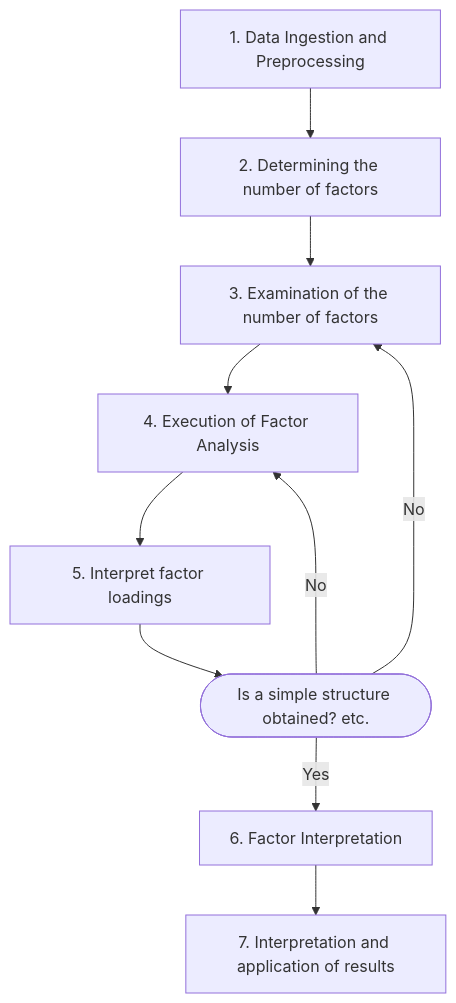
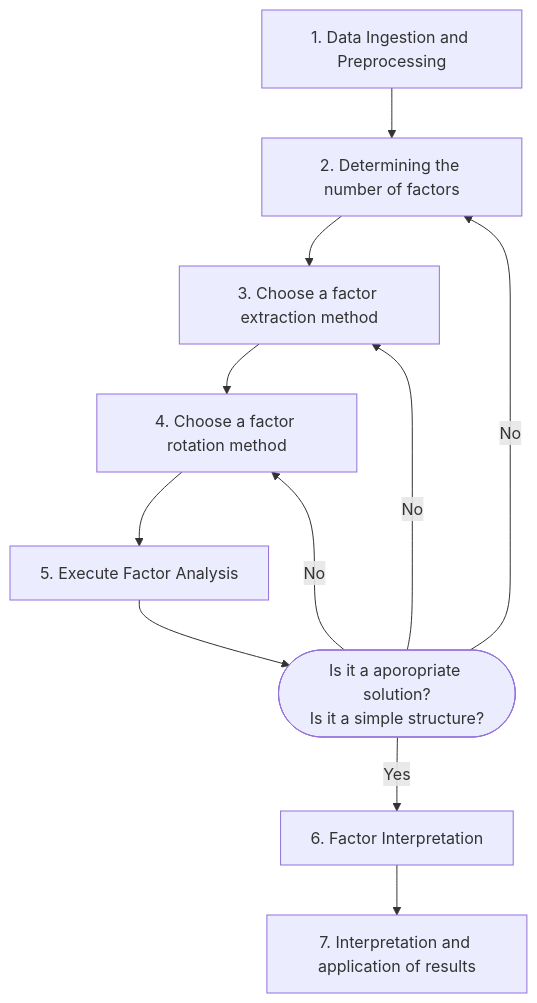
One commit to shrmtmt/step_by_step_EFA changed the diagram in chart.md. Above: the diagram before and after it, drawn with Mermaid.

````diff
--- a/chart.md
+++ b/chart.md
@@ -1,12 +1,14 @@
 ```mermaid
 graph TD
   Node1["1. Data Ingestion and Preprocessing"] --> Node2["2. Determining the number of factors"]
-  Node2 --> Node3["3. Examination of the number of factors"]
-  Node3 --> Node4["4. Execution of Factor Analysis"]
-  Node4 --> Node5["5. Interpret factor loadings"]
-  Node5 --> NodeR(["Is a simple structure obtained? etc."])
+  Node2 --> Node3["3. Choose a factor extraction method"]
+  Node3 --> Node4["4. Choose a factor rotation method"]
+  Node4 --> Node5["5. Execute Factor Analysis"]
+  Node5 --> NodeR(["Is it a aporopriate solution?
+Is it a simple structure?"])
+  NodeR -- No --> Node2
   NodeR -- No --> Node3
   NodeR -- No --> Node4
   NodeR -- Yes --> Node6["6. Factor Interpretation"]
   Node6 --> Node7["7. Interpretation and application of results"]
 ```
````
